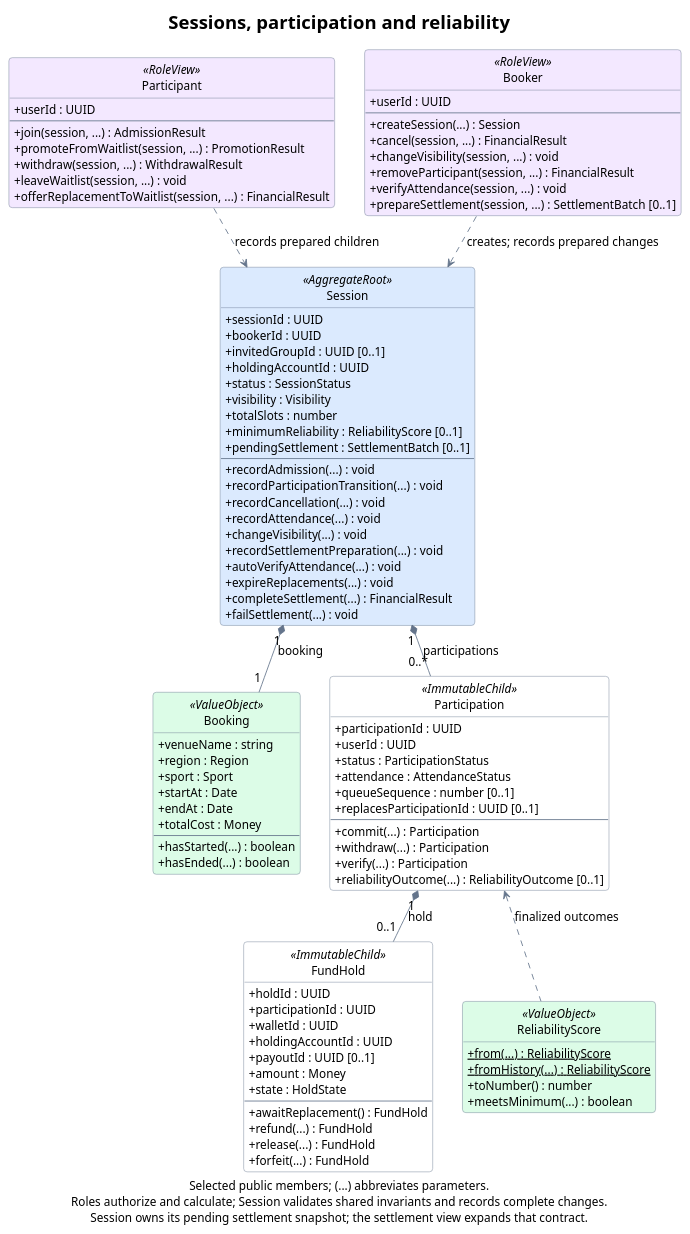
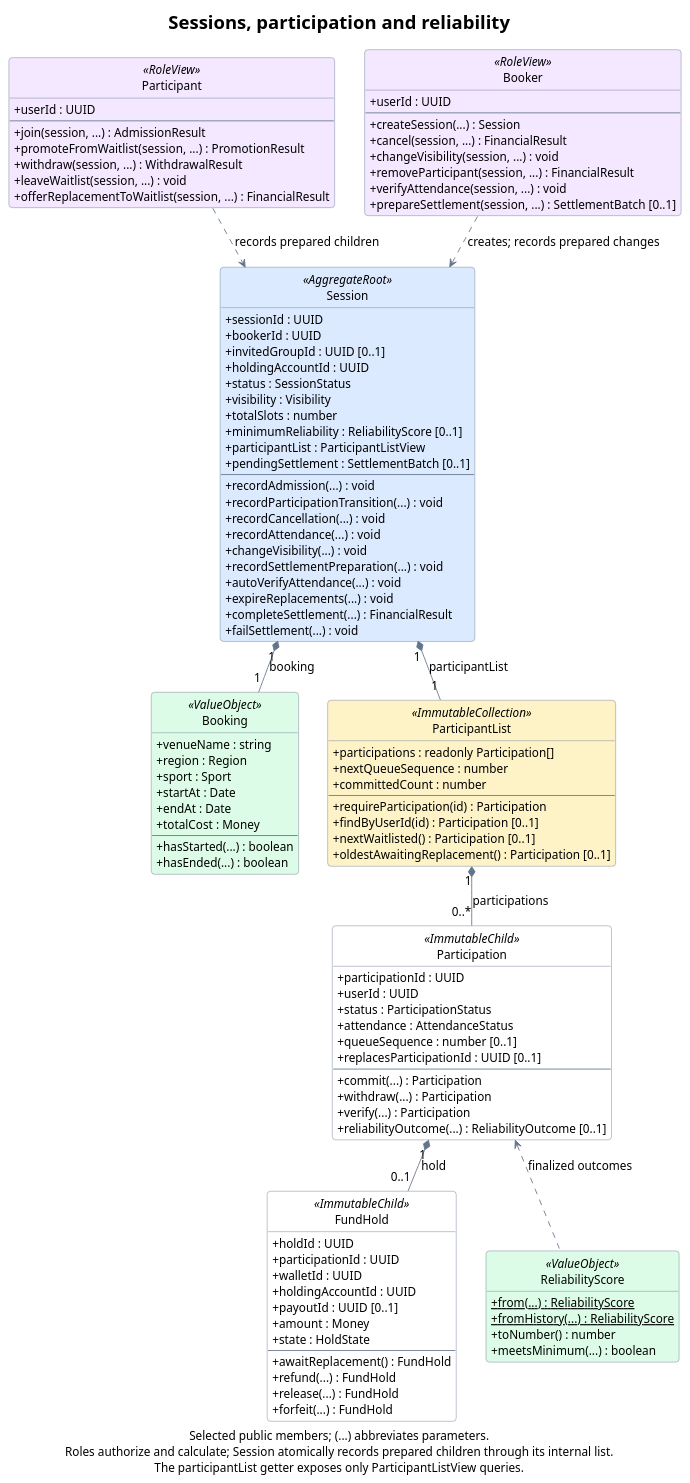
One commit to rbrishi15/booking-web-manager changed the diagram in docs/diagrams/domain-sessions.puml. Above: the diagram before and after it, drawn with PlantUML. The commit also changed 40 other files, not shown here.

First line of the commit message:
refactor(domain): extract immutable ParticipantList

```diff
--- a/docs/diagrams/domain-sessions.puml
+++ b/docs/diagrams/domain-sessions.puml
@@ -1,126 +1,140 @@
 @startuml domain-sessions
 title Sessions, participation and reliability
 
 top to bottom direction
 hide empty members
 hide circle
 skinparam backgroundColor #FFFFFF
 skinparam shadowing false
 skinparam roundcorner 8
 skinparam defaultFontName SansSerif
 skinparam defaultFontSize 14
 skinparam titleFontSize 22
 skinparam ArrowColor #64748B
 skinparam classBorderColor #64748B
 skinparam classBackgroundColor #FFFFFF
 skinparam classBackgroundColor<<AggregateRoot>> #DBEAFE
 skinparam classBackgroundColor<<ValueObject>> #DCFCE7
 skinparam classBackgroundColor<<RoleView>> #F3E8FF
+skinparam classBackgroundColor<<ImmutableCollection>> #FEF3C7
 skinparam classAttributeIconSize 0
 skinparam linetype polyline
 skinparam nodesep 35
 skinparam ranksep 40
 
 class Session <<AggregateRoot>> {
   +sessionId : UUID
   +bookerId : UUID
   +invitedGroupId : UUID [0..1]
   +holdingAccountId : UUID
   +status : SessionStatus
   +visibility : Visibility
   +totalSlots : number
   +minimumReliability : ReliabilityScore [0..1]
+  +participantList : ParticipantListView
   +pendingSettlement : SettlementBatch [0..1]
   --
   +recordAdmission(...) : void
   +recordParticipationTransition(...) : void
   +recordCancellation(...) : void
   +recordAttendance(...) : void
   +changeVisibility(...) : void
   +recordSettlementPreparation(...) : void
   +autoVerifyAttendance(...) : void
   +expireReplacements(...) : void
   +completeSettlement(...) : FinancialResult
   +failSettlement(...) : void
 }
 
 class Participant <<RoleView>> {
   +userId : UUID
   --
   +join(session, ...) : AdmissionResult
   +promoteFromWaitlist(session, ...) : PromotionResult
   +withdraw(session, ...) : WithdrawalResult
   +leaveWaitlist(session, ...) : void
   +offerReplacementToWaitlist(session, ...) : FinancialResult
 }
 
 class Booker <<RoleView>> {
   +userId : UUID
   --
   +createSession(...) : Session
   +cancel(session, ...) : FinancialResult
   +changeVisibility(session, ...) : void
   +removeParticipant(session, ...) : FinancialResult
   +verifyAttendance(session, ...) : void
   +prepareSettlement(session, ...) : SettlementBatch [0..1]
 }
 
 class Booking <<ValueObject>> {
   +venueName : string
   +region : Region
   +sport : Sport
   +startAt : Date
   +endAt : Date
   +totalCost : Money
   --
   +hasStarted(...) : boolean
   +hasEnded(...) : boolean
 }
 
+class ParticipantList <<ImmutableCollection>> {
+  +participations : readonly Participation[]
+  +nextQueueSequence : number
+  +committedCount : number
+  --
+  +requireParticipation(id) : Participation
+  +findByUserId(id) : Participation [0..1]
+  +nextWaitlisted() : Participation [0..1]
+  +oldestAwaitingReplacement() : Participation [0..1]
+}
+
 class Participation <<ImmutableChild>> {
   +participationId : UUID
   +userId : UUID
   +status : ParticipationStatus
   +attendance : AttendanceStatus
   +queueSequence : number [0..1]
   +replacesParticipationId : UUID [0..1]
   --
   +commit(...) : Participation
   +withdraw(...) : Participation
   +verify(...) : Participation
   +reliabilityOutcome(...) : ReliabilityOutcome [0..1]
 }
 
 class FundHold <<ImmutableChild>> {
   +holdId : UUID
   +participationId : UUID
   +walletId : UUID
   +holdingAccountId : UUID
   +payoutId : UUID [0..1]
   +amount : Money
   +state : HoldState
   --
   +awaitReplacement() : FundHold
   +refund(...) : FundHold
   +release(...) : FundHold
   +forfeit(...) : FundHold
 }
 
 class ReliabilityScore <<ValueObject>> {
   {static} +from(...) : ReliabilityScore
   {static} +fromHistory(...) : ReliabilityScore
   +toNumber() : number
   +meetsMinimum(...) : boolean
 }
 
 Session "1" *-down- "1" Booking : booking
 Participant .down.> Session : records prepared children
 Booker .down.> Session : creates; records prepared changes
-Session "1" *-down- "0..*" Participation : participations
+Session "1" *-down- "1" ParticipantList : participantList
+ParticipantList "1" *-down- "0..*" Participation : participations
 Participation "1" *-down- "0..1" FundHold : hold
 ReliabilityScore .up.> Participation : finalized outcomes
-Booking -[hidden]right- Participation
+Booking -[hidden]right- ParticipantList
 FundHold -[hidden]right- ReliabilityScore
 
-caption Selected public members; (...) abbreviates parameters.\nRoles authorize and calculate; Session validates shared invariants and records complete changes.\nSession owns its pending settlement snapshot; the settlement view expands that contract.
+caption Selected public members; (...) abbreviates parameters.\nRoles authorize and calculate; Session atomically records prepared children through its internal list.\nThe participantList getter exposes only ParticipantListView queries.
 @enduml
```
